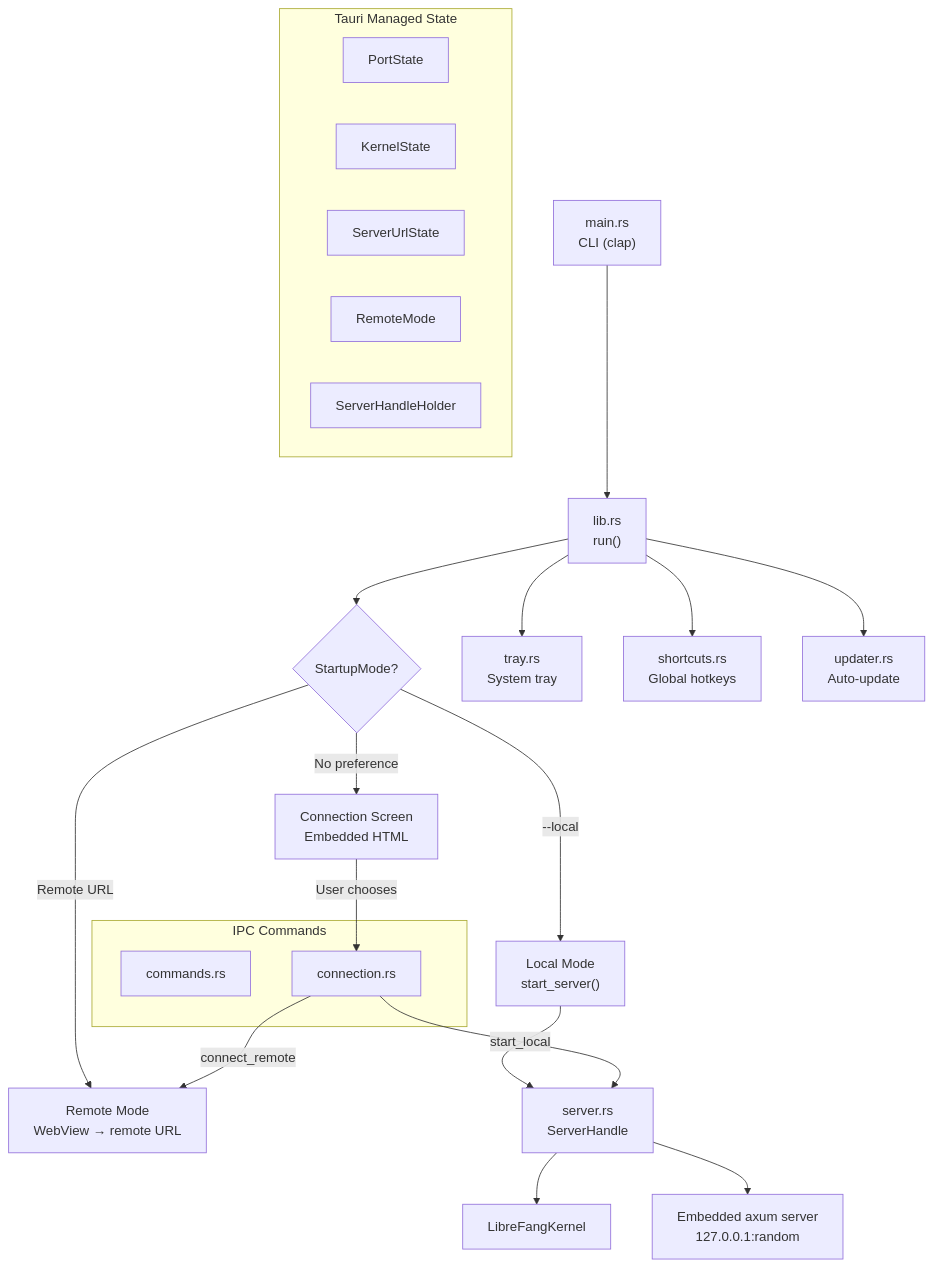
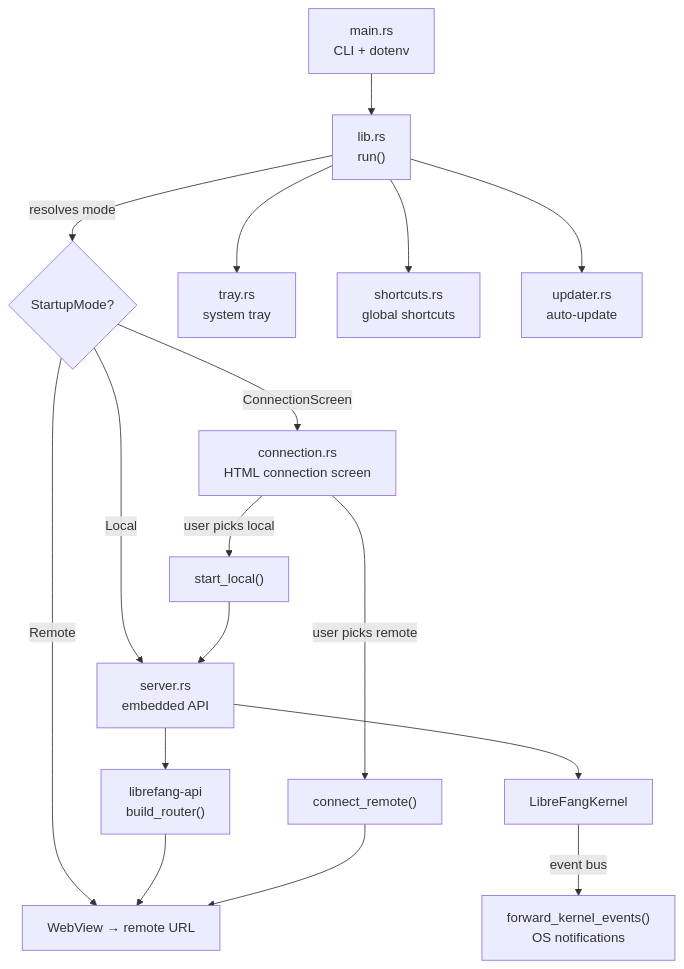
The diagram in desktop-application.md (leszek3737/librefang-WIki), drawn with Mermaid before and after one commit. The commit also changed other lines of this file and 120 other files, not shown here.

````diff
--- a/desktop-application.md
+++ b/desktop-application.md
@@ -13,39 +11,19 @@
 ```mermaid
 graph TD
-    CLI["main.rs<br/>CLI (clap)"]
-    RUN["lib.rs<br/>run()"]
-    MODE{StartupMode?}
-    REMOTE["Remote Mode<br/>WebView → remote URL"]
-    LOCAL["Local Mode<br/>start_server()"]
-    SCREEN["Connection Screen<br/>Embedded HTML"]
-
-    LOCAL --> SRV["server.rs<br/>ServerHandle"]
-    SRV --> KERNEL["LibreFangKernel"]
-    SRV --> AXUM["Embedded axum server<br/>127.0.0.1:random"]
-
-    RUN --> TRAY["tray.rs<br/>System tray"]
-    RUN --> SHORT["shortcuts.rs<br/>Global hotkeys"]
-    RUN --> UPDATER["updater.rs<br/>Auto-update"]
-
-    subgraph "Tauri Managed State"
-        PS["PortState"]
-        KS["KernelState"]
-        SUS["ServerUrlState"]
-        RM["RemoteMode"]
-        SH["ServerHandleHolder"]
-    end
-
-    subgraph "IPC Commands"
-        CMD["commands.rs"]
-        CONN["connection.rs"]
-    end
-
-    CLI --> RUN
-    RUN --> MODE
-    MODE -->|Remote URL| REMOTE
-    MODE -->|--local| LOCAL
-    MODE -->|No preference| SCREEN
-    SCREEN -->|User chooses| CONN
-    CONN -->|start_local| SRV
-    CONN -->|connect_remote| REMOTE
+    CLI["main.rs<br/>CLI + dotenv"] --> run["lib.rs<br/>run()"]
+    run -->|resolves mode| SM{StartupMode?}
+    SM -->|Remote| WEBVIEW["WebView → remote URL"]
+    SM -->|Local| SERVER["server.rs<br/>embedded API"]
+    SM -->|ConnectionScreen| CONN["connection.rs<br/>HTML connection screen"]
+    CONN -->|user picks remote| REMOTE_CMD["connect_remote()"]
+    CONN -->|user picks local| LOCAL_CMD["start_local()"]
+    LOCAL_CMD --> SERVER
+    SERVER --> KERNEL["LibreFangKernel"]
+    SERVER --> ROUTER["librefang-api<br/>build_router()"]
+    ROUTER --> WEBVIEW
+    REMOTE_CMD --> WEBVIEW
+    run --> TRAY["tray.rs<br/>system tray"]
+    run --> SHORTCUTS["shortcuts.rs<br/>global shortcuts"]
+    run --> UPDATER["updater.rs<br/>auto-update"]
+    KERNEL -->|event bus| NOTIFY["forward_kernel_events()<br/>OS notifications"]
 ```
````
